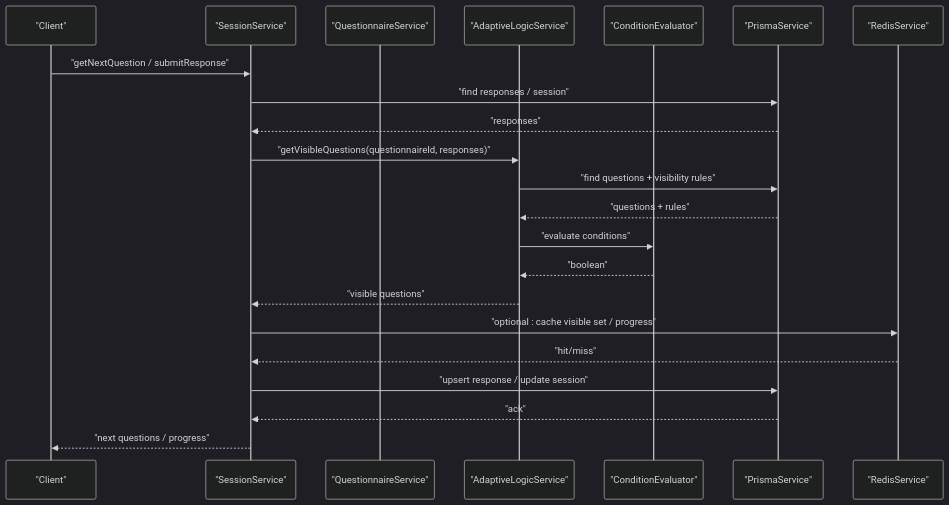
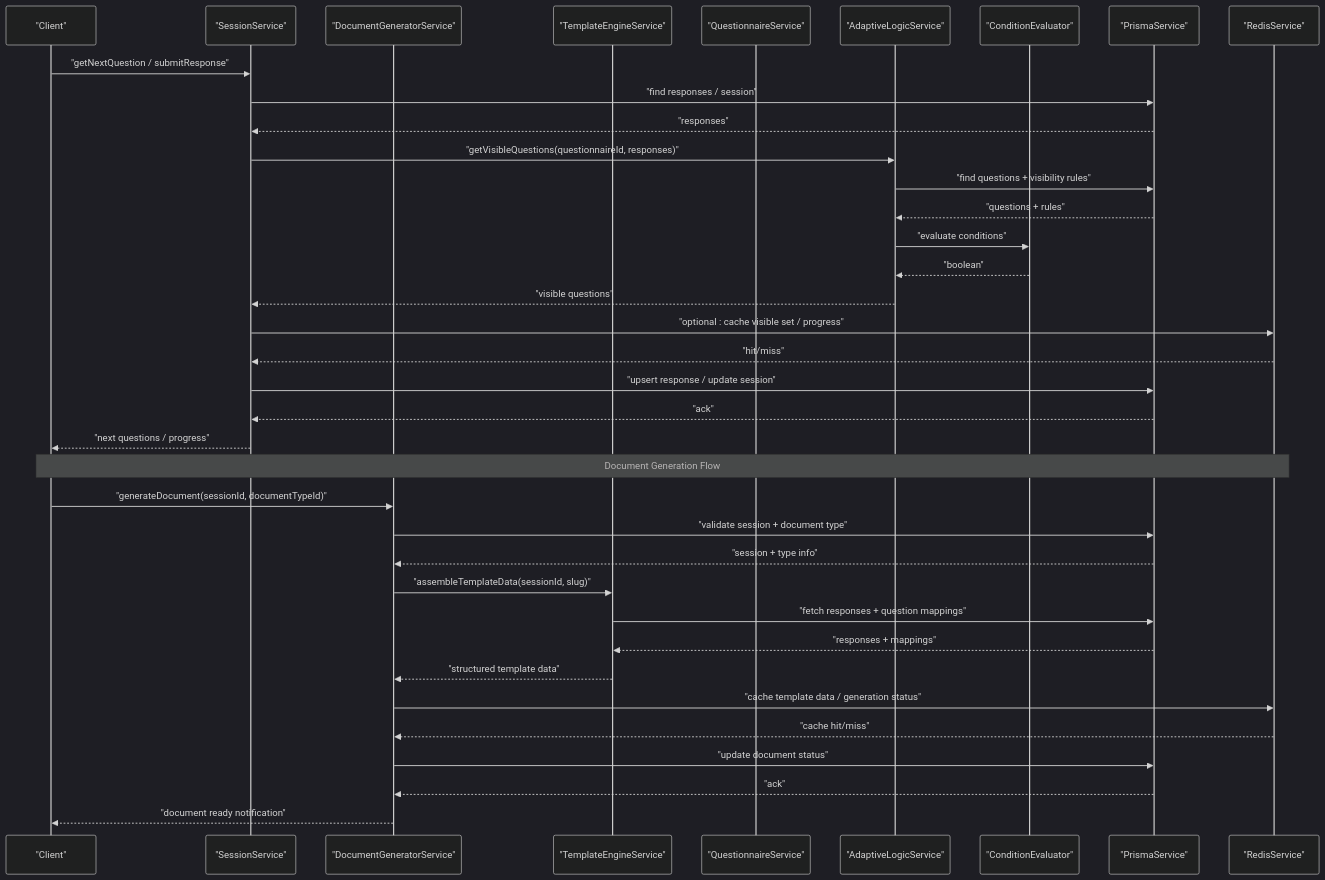
The second of 6 diagrams in .qoder/repowiki/en/content/Advanced Topics/Performance Optimization.md (Avi-Bendetsky/Quiz-to-build), drawn with Mermaid (dark theme) before and after one commit. The commit also changed other lines of this file and 41 other files, not shown here.

````diff
--- a/.qoder/repowiki/en/content/Advanced Topics/Performance Optimization.md
+++ b/.qoder/repowiki/en/content/Advanced Topics/Performance Optimization.md
@@ -117,24 +142,39 @@
 ```mermaid
 sequenceDiagram
 participant Client as "Client"
 participant SessionSvc as "SessionService"
+participant DocGenSvc as "DocumentGeneratorService"
+participant TemplateSvc as "TemplateEngineService"
 participant QuesSvc as "QuestionnaireService"
 participant AdaptSvc as "AdaptiveLogicService"
 participant CondEval as "ConditionEvaluator"
 participant DB as "PrismaService"
 participant Cache as "RedisService"
 Client->>SessionSvc : "getNextQuestion / submitResponse"
 SessionSvc->>DB : "find responses / session"
 DB-->>SessionSvc : "responses"
 SessionSvc->>AdaptSvc : "getVisibleQuestions(questionnaireId, responses)"
 AdaptSvc->>DB : "find questions + visibility rules"
 DB-->>AdaptSvc : "questions + rules"
 AdaptSvc->>CondEval : "evaluate conditions"
 CondEval-->>AdaptSvc : "boolean"
 AdaptSvc-->>SessionSvc : "visible questions"
 SessionSvc->>Cache : "optional : cache visible set / progress"
 Cache-->>SessionSvc : "hit/miss"
 SessionSvc->>DB : "upsert response / update session"
 DB-->>SessionSvc : "ack"
 SessionSvc-->>Client : "next questions / progress"
+Note over Client,Cache : Document Generation Flow
+Client->>DocGenSvc : "generateDocument(sessionId, documentTypeId)"
+DocGenSvc->>DB : "validate session + document type"
+DB-->>DocGenSvc : "session + type info"
+DocGenSvc->>TemplateSvc : "assembleTemplateData(sessionId, slug)"
+TemplateSvc->>DB : "fetch responses + question mappings"
+DB-->>TemplateSvc : "responses + mappings"
+TemplateSvc-->>DocGenSvc : "structured template data"
+DocGenSvc->>Cache : "cache template data / generation status"
+Cache-->>DocGenSvc : "cache hit/miss"
+DocGenSvc->>DB : "update document status"
+DB-->>DocGenSvc : "ack"
+DocGenSvc-->>Client : "document ready notification"
 ```
````
